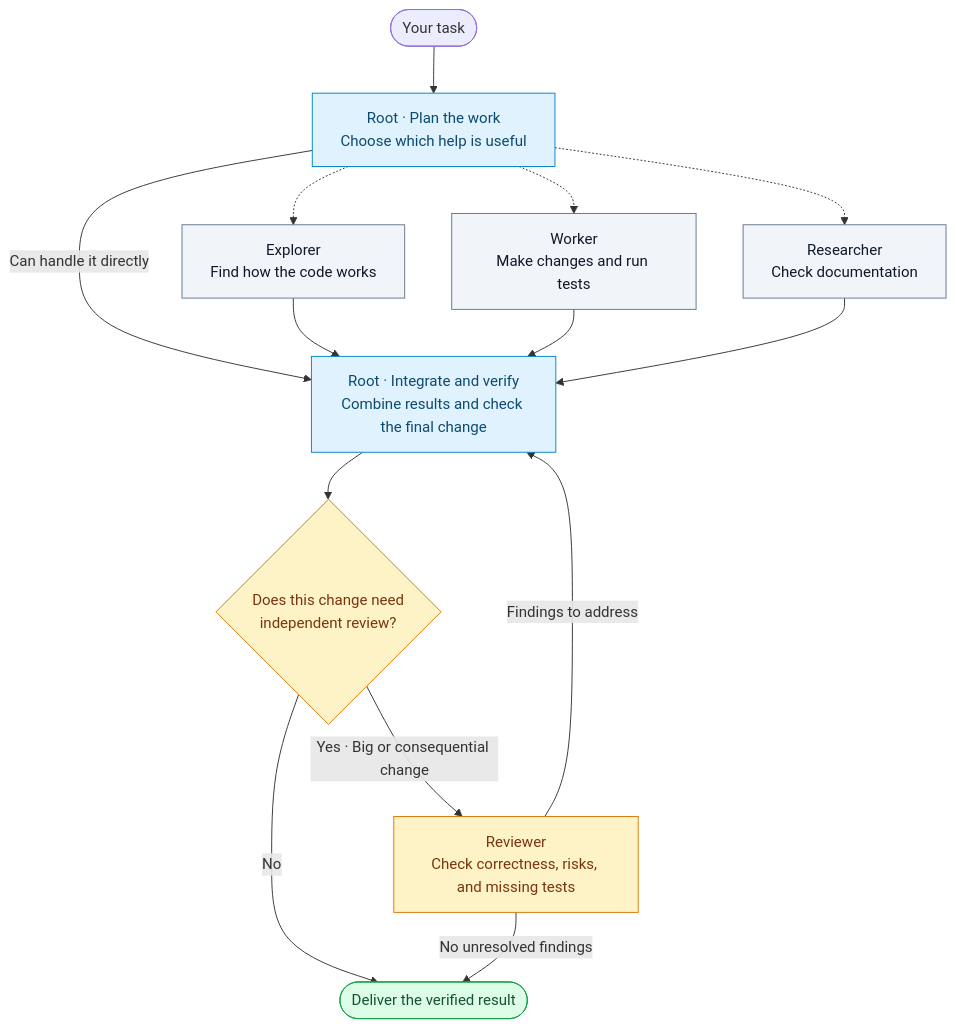
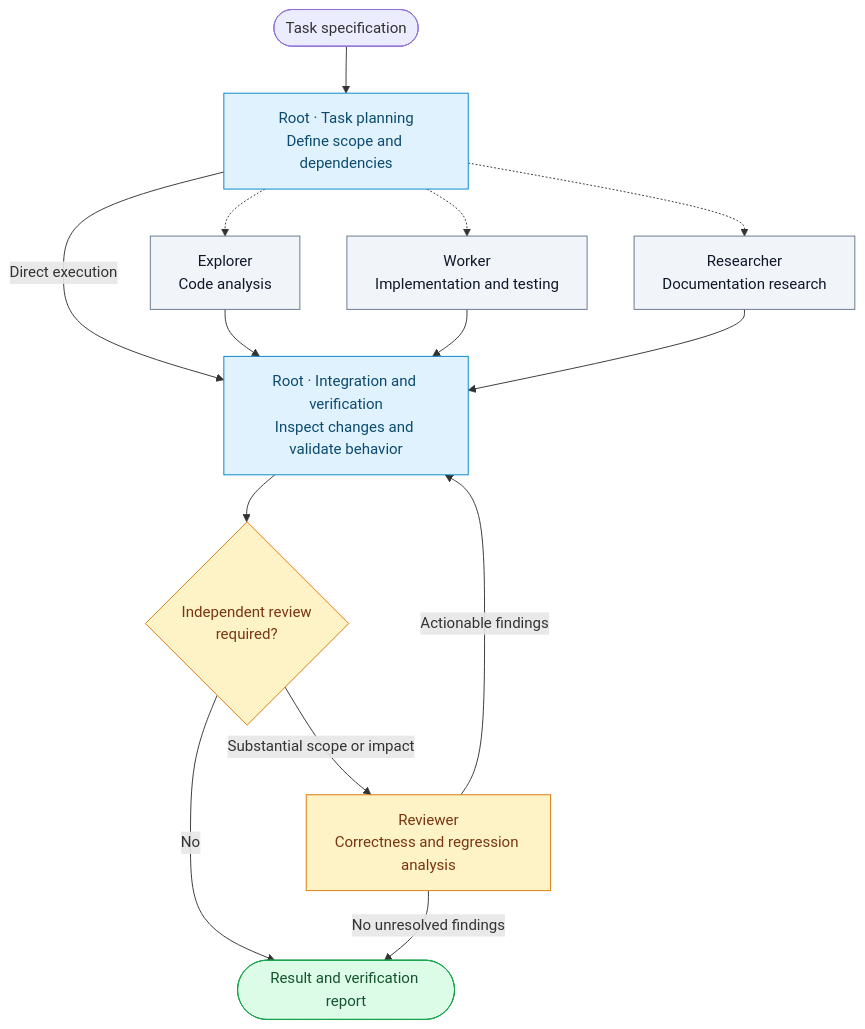
One commit to RSB-HOLDING/codex-agent-tree changed the diagram in README.md. Above: the diagram before and after it, drawn with Mermaid. The commit also changed other lines of this file and 3 other files, not shown here.

````diff
--- a/README.md
+++ b/README.md
@@ -11,28 +13,28 @@
 ```mermaid
 flowchart TD
-    Task([Your task]) --> Root["Root · Plan the work<br/>Choose which help is useful"]
+    Task([Task specification]) --> Root["Root · Task planning<br/>Define scope and dependencies"]
 
-    Root -.-> Explorer["Explorer<br/>Find how the code works"]
-    Root -.-> Worker["Worker<br/>Make changes and run tests"]
-    Root -.-> Researcher["Researcher<br/>Check documentation"]
-    Root -->|Can handle it directly| Integrate
+    Root -.-> Explorer["Explorer<br/>Code analysis"]
+    Root -.-> Worker["Worker<br/>Implementation and testing"]
+    Root -.-> Researcher["Researcher<br/>Documentation research"]
+    Root -->|Direct execution| Integrate
 
-    Explorer --> Integrate["Root · Integrate and verify<br/>Combine results and check the final change"]
+    Explorer --> Integrate["Root · Integration and verification<br/>Inspect changes and validate behavior"]
     Worker --> Integrate
     Researcher --> Integrate
 
-    Integrate --> Decision{"Does this change need<br/>independent review?"}
-    Decision -->|No| Done([Deliver the verified result])
-    Decision -->|Yes · Big or consequential change| Reviewer["Reviewer<br/>Check correctness, risks, and missing tests"]
-    Reviewer -->|Findings to address| Integrate
+    Integrate --> Decision{"Independent review<br/>required?"}
+    Decision -->|No| Done([Result and verification report])
+    Decision -->|Substantial scope or impact| Reviewer["Reviewer<br/>Correctness and regression analysis"]
+    Reviewer -->|Actionable findings| Integrate
     Reviewer -->|No unresolved findings| Done
 
     classDef lead fill:#e0f2fe,stroke:#0284c7,color:#0c4a6e
     classDef helper fill:#f1f5f9,stroke:#64748b,color:#0f172a
     classDef review fill:#fef3c7,stroke:#d97706,color:#78350f
     classDef outcome fill:#dcfce7,stroke:#16a34a,color:#14532d
     class Root,Integrate lead
     class Explorer,Worker,Researcher helper
     class Decision,Reviewer review
     class Done outcome
 ```
````
